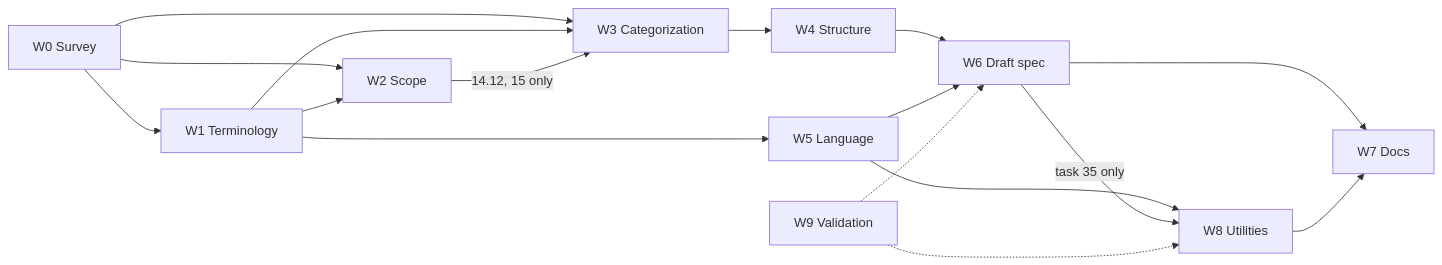
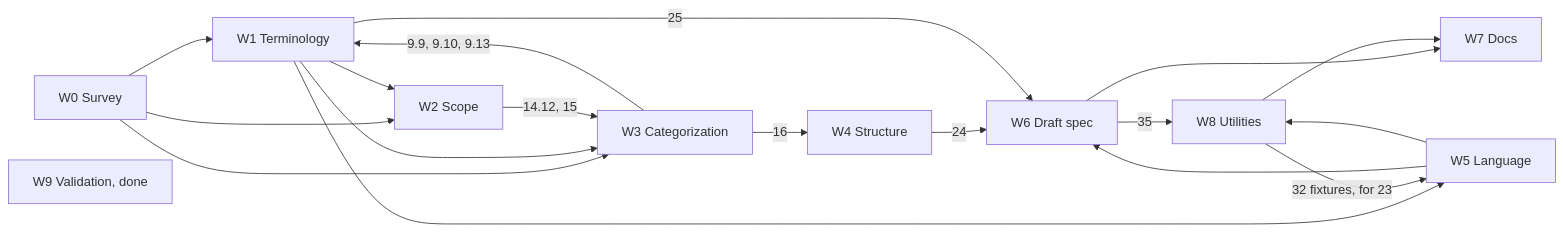
Before and after one commit to shlomoa/openui-spec: the diagram in spec/survey/specui_v1_publish_plan.md, drawn with Mermaid. The commit also changed other lines of this file, not shown here.

First line of the commit message:
Plan: align the workstream graph and the execution order with the tasks

````diff
--- a/spec/survey/specui_v1_publish_plan.md
+++ b/spec/survey/specui_v1_publish_plan.md
@@ -55,19 +55,21 @@
 ```mermaid
 flowchart LR
   W0[W0 Survey] --> W1[W1 Terminology]
   W0 --> W2[W2 Scope]
   W0 --> W3[W3 Categorization]
   W1 --> W2
   W1 --> W3
-  W2 -- "14.12, 15 only" --> W3
-  W3 --> W4[W4 Structure]
+  W3 -- "9.9, 9.10, 9.13" --> W1
+  W2 -- "14.12, 15" --> W3
+  W3 -- "16" --> W4[W4 Structure]
   W1 --> W5[W5 Language]
-  W4 --> W6[W6 Draft spec]
+  W8 -- "32 fixtures, for 23" --> W5
+  W4 -- "24" --> W6[W6 Draft spec]
+  W1 -- "25" --> W6
   W5 --> W6
   W6 --> W7[W7 Docs]
   W5 --> W8[W8 Utilities]
-  W6 -- "task 35 only" --> W8
+  W6 -- "35" --> W8
   W8 --> W7
-  W9[W9 Validation] -.-> W6
-  W9 -.-> W8
+  W9[W9 Validation, done]
 ```
````
